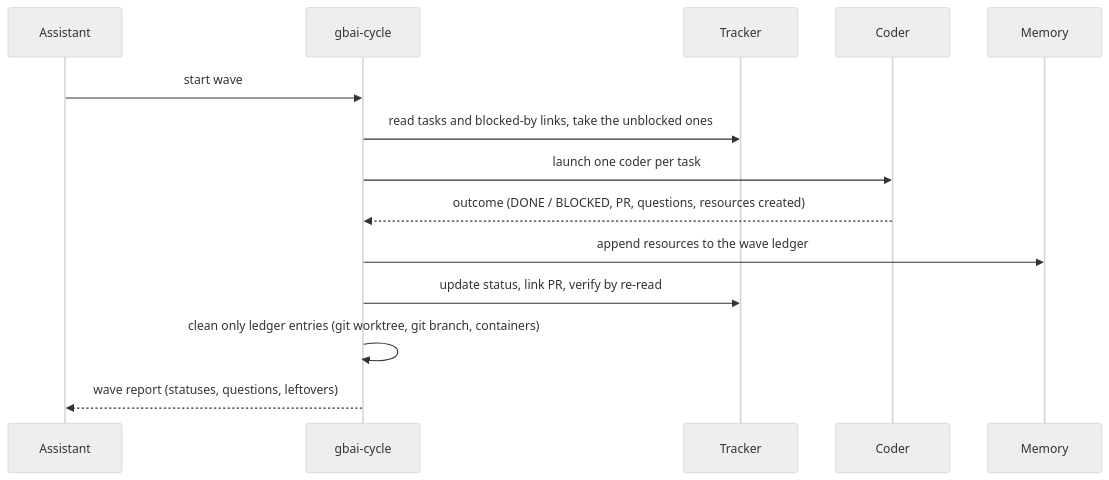
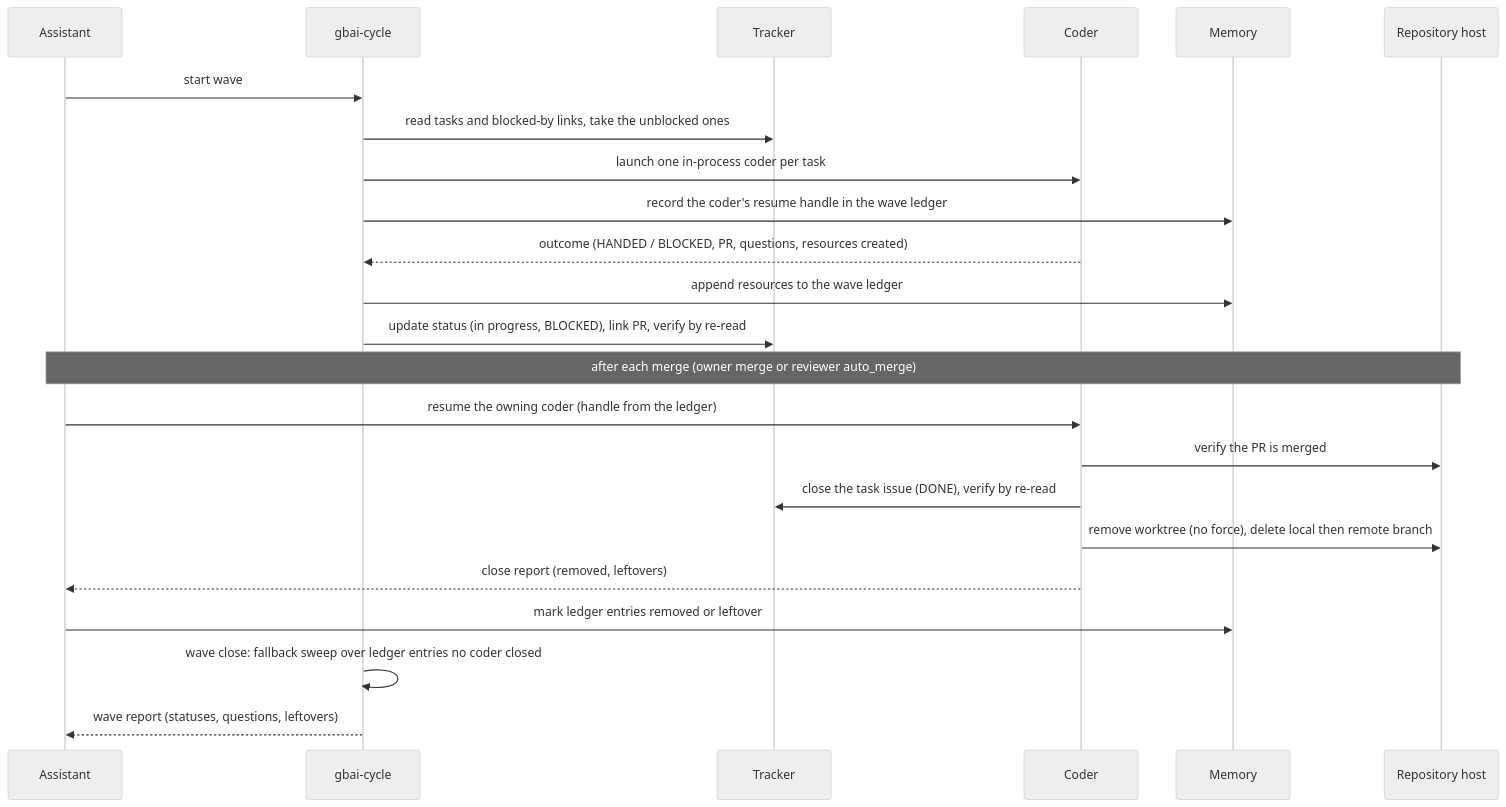
Before and after one commit to testeos-z/gabo-ai: the third of 5 diagrams in docs/product/TRD.md, drawn with Mermaid (neutral theme). The commit also changed other lines of this file and 4 other files, not shown here.

First line of the commit message:
docs(product): let the owning coder close its task after merge (D23)

````diff
--- a/docs/product/TRD.md
+++ b/docs/product/TRD.md
@@ -173,16 +175,25 @@
 ```mermaid
 sequenceDiagram
   participant A as Assistant
   participant C as gbai-cycle
   participant T as Tracker
   participant K as Coder
   participant M as Memory
+  participant H as Repository host
   A->>C: start wave
   C->>T: read tasks and blocked-by links, take the unblocked ones
-  C->>K: launch one coder per task
-  K-->>C: outcome (DONE / BLOCKED, PR, questions, resources created)
+  C->>K: launch one in-process coder per task
+  C->>M: record the coder's resume handle in the wave ledger
+  K-->>C: outcome (HANDED / BLOCKED, PR, questions, resources created)
   C->>M: append resources to the wave ledger
-  C->>T: update status, link PR, verify by re-read
-  C->>C: clean only ledger entries (git worktree, git branch, containers)
+  C->>T: update status (in progress, BLOCKED), link PR, verify by re-read
+  Note over A,H: after each merge (owner merge or reviewer auto_merge)
+  A->>K: resume the owning coder (handle from the ledger)
+  K->>H: verify the PR is merged
+  K->>T: close the task issue (DONE), verify by re-read
+  K->>H: remove worktree (no force), delete local then remote branch
+  K-->>A: close report (removed, leftovers)
+  A->>M: mark ledger entries removed or leftover
+  C->>C: wave close: fallback sweep over ledger entries no coder closed
   C-->>A: wave report (statuses, questions, leftovers)
 ```
````
